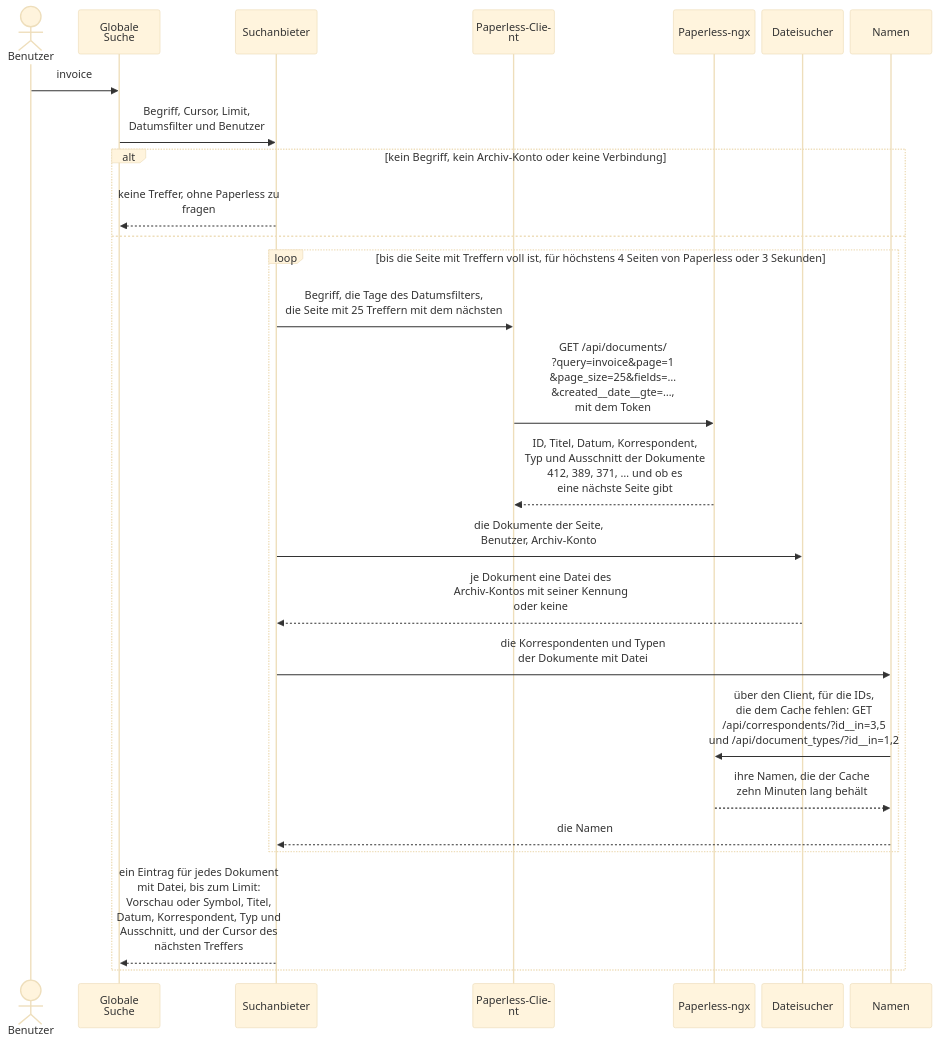
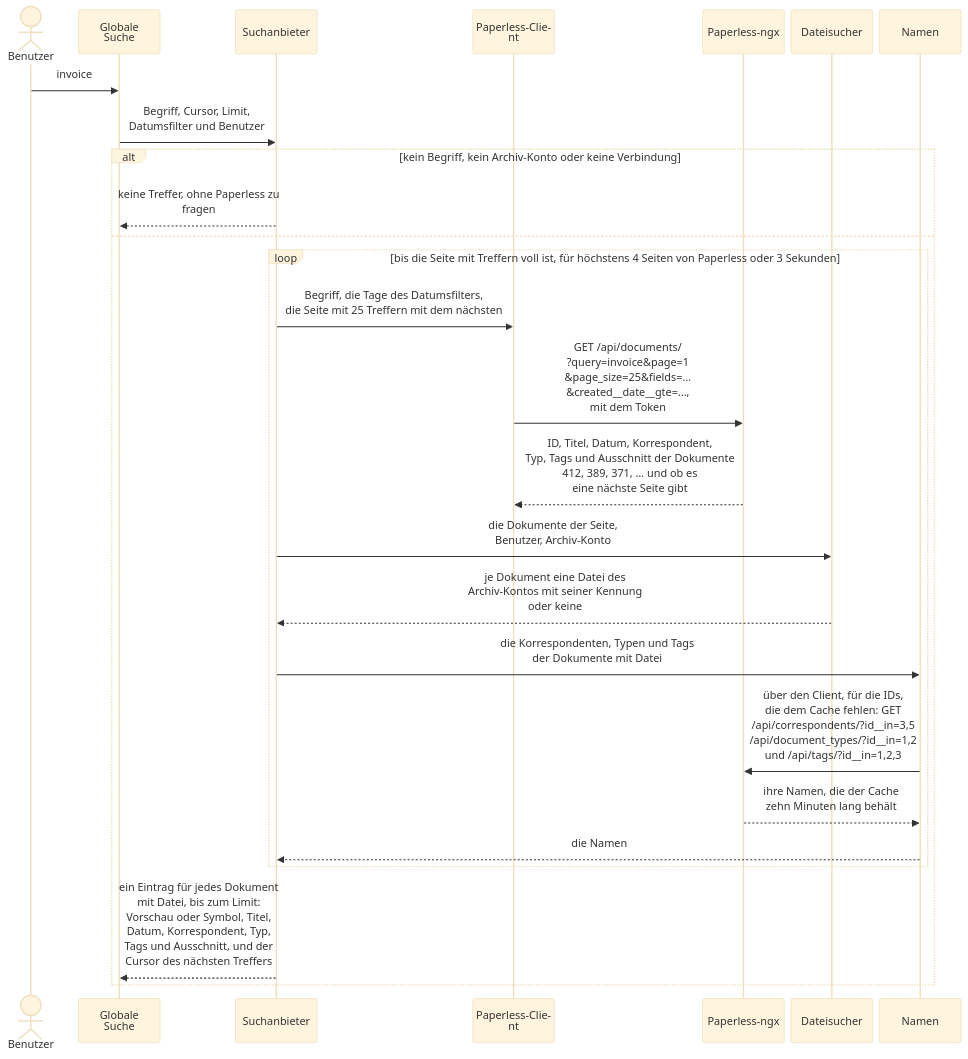
Before and after one commit to Dennis-Otto/paperless-unified-search: the diagram in docs/diagrams/the-data-flow-of-a-search.de.mmd, drawn with Mermaid (base theme). The commit also changed 94 other files, not shown here.

First line of the commit message:
feat: results show the tags of a document (#271)

```diff
--- a/docs/diagrams/the-data-flow-of-a-search.de.mmd
+++ b/docs/diagrams/the-data-flow-of-a-search.de.mmd
@@ -1,36 +1,36 @@
 ---
 config:
   sequence:
     wrap: true
     width: 120
     actorMargin: 10
 ---
 sequenceDiagram
     accTitle: Der Datenfluss einer Suche
-    accDescr: Ein Benutzer sucht nach invoice. Die globale Suche gibt den Begriff, den Cursor, das Limit, den Datumsfilter und den Benutzer an den Suchanbieter. Ohne Begriff, Archiv-Konto oder Verbindung antwortet der Anbieter ohne Treffer und fragt Paperless nicht. Sonst fragt der Paperless-Client, bis die Seite mit Treffern voll ist, Paperless-ngx mit dem Token nach der Seite mit 25 Treffern, die den nächsten Treffer enthält, innerhalb der Tage des Datumsfilters und nur nach den Feldern, die ein Treffer zeigt, und Paperless antwortet mit der ID, dem Titel, dem Datum, den IDs des Korrespondenten und des Typs und dem Ausschnitt der Dokumente 412, 389, 371 und weiterer und damit, ob es eine nächste Seite gibt. Ein Aufruf des Dateisuchers deckt alle Dokumente dieser Seite ab und liefert für jedes eine Datei des Archiv-Kontos mit seiner Kennung oder keine. Für die Dokumente mit Datei fragen die Namen Paperless über den Client nach den Korrespondenten und den Typen, die der Cache nicht enthält, mit einer Anfrage je Art, und behalten ihre Namen zehn Minuten lang. Das wiederholt sich für höchstens 4 Seiten von Paperless oder 3 Sekunden. Der Anbieter antwortet mit einem Eintrag für jedes Dokument mit Datei, bis zum Limit, mit der Vorschau der Datei oder dem Symbol ihres Typs, dem Titel, dem Datum in der Sprache des Benutzers, dem Korrespondenten, dem Typ und dem Ausschnitt, und mit dem Cursor des ersten Treffers, den er nicht durchgegangen ist.
+    accDescr: Ein Benutzer sucht nach invoice. Die globale Suche gibt den Begriff, den Cursor, das Limit, den Datumsfilter und den Benutzer an den Suchanbieter. Ohne Begriff, Archiv-Konto oder Verbindung antwortet der Anbieter ohne Treffer und fragt Paperless nicht. Sonst fragt der Paperless-Client, bis die Seite mit Treffern voll ist, Paperless-ngx mit dem Token nach der Seite mit 25 Treffern, die den nächsten Treffer enthält, innerhalb der Tage des Datumsfilters und nur nach den Feldern, die ein Treffer zeigt, und Paperless antwortet mit der ID, dem Titel, dem Datum, den IDs des Korrespondenten, des Typs und der Tags und dem Ausschnitt der Dokumente 412, 389, 371 und weiterer und damit, ob es eine nächste Seite gibt. Ein Aufruf des Dateisuchers deckt alle Dokumente dieser Seite ab und liefert für jedes eine Datei des Archiv-Kontos mit seiner Kennung oder keine. Für die Dokumente mit Datei fragen die Namen Paperless über den Client nach den Korrespondenten, den Typen und den Tags, die der Cache nicht enthält, mit einer Anfrage je Art, und behalten ihre Namen zehn Minuten lang. Das wiederholt sich für höchstens 4 Seiten von Paperless oder 3 Sekunden. Der Anbieter antwortet mit einem Eintrag für jedes Dokument mit Datei, bis zum Limit, mit der Vorschau der Datei oder dem Symbol ihres Typs, dem Titel, dem Datum in der Sprache des Benutzers, dem Korrespondenten, dem Typ und dem Ausschnitt, und mit dem Cursor des ersten Treffers, den er nicht durchgegangen ist.
 
     actor User as Benutzer
     participant Search as Globale Suche
     participant Provider as Suchanbieter
     participant Client as Paperless-Client
     participant Paperless as Paperless-ngx
     participant Locator as Dateisucher
     participant Names as Namen
     User->>Search: invoice
     Search->>Provider: Begriff, Cursor, Limit,<br>Datumsfilter und Benutzer
     alt kein Begriff, kein Archiv-Konto oder keine Verbindung
         Provider-->>Search: keine Treffer, ohne Paperless zu fragen
     else
         loop bis die Seite mit Treffern voll ist, für höchstens 4 Seiten von Paperless oder 3 Sekunden
             Provider->>Client: Begriff, die Tage des Datumsfilters,<br>die Seite mit 25 Treffern mit dem nächsten
             Client->>Paperless: GET /api/documents/<br>?query=invoice&page=1<br>&page_size=25&fields=…<br>&created__date__gte=…,<br>mit dem Token
-            Paperless-->>Client: ID, Titel, Datum, Korrespondent,<br>Typ und Ausschnitt der Dokumente<br>412, 389, 371, … und ob es<br>eine nächste Seite gibt
+            Paperless-->>Client: ID, Titel, Datum, Korrespondent,<br>Typ, Tags und Ausschnitt der Dokumente<br>412, 389, 371, … und ob es<br>eine nächste Seite gibt
             Provider->>Locator: die Dokumente der Seite,<br>Benutzer, Archiv-Konto
             Locator-->>Provider: je Dokument eine Datei des<br>Archiv-Kontos mit seiner Kennung<br>oder keine
-            Provider->>Names: die Korrespondenten und Typen<br>der Dokumente mit Datei
-            Names->>Paperless: über den Client, für die IDs,<br>die dem Cache fehlen: GET<br>/api/correspondents/?id__in=3,5<br>und /api/document_types/?id__in=1,2
+            Provider->>Names: die Korrespondenten, Typen und Tags<br>der Dokumente mit Datei
+            Names->>Paperless: über den Client, für die IDs,<br>die dem Cache fehlen: GET<br>/api/correspondents/?id__in=3,5<br>/api/document_types/?id__in=1,2<br>und /api/tags/?id__in=1,2,3
             Paperless-->>Names: ihre Namen, die der Cache<br>zehn Minuten lang behält
             Names-->>Provider: die Namen
         end
-        Provider-->>Search: ein Eintrag für jedes Dokument mit Datei, bis zum Limit: Vorschau oder Symbol, Titel, Datum, Korrespondent, Typ und Ausschnitt, und der Cursor des nächsten Treffers
+        Provider-->>Search: ein Eintrag für jedes Dokument mit Datei, bis zum Limit: Vorschau oder Symbol, Titel, Datum, Korrespondent, Typ, Tags und Ausschnitt, und der Cursor des nächsten Treffers
     end
```
